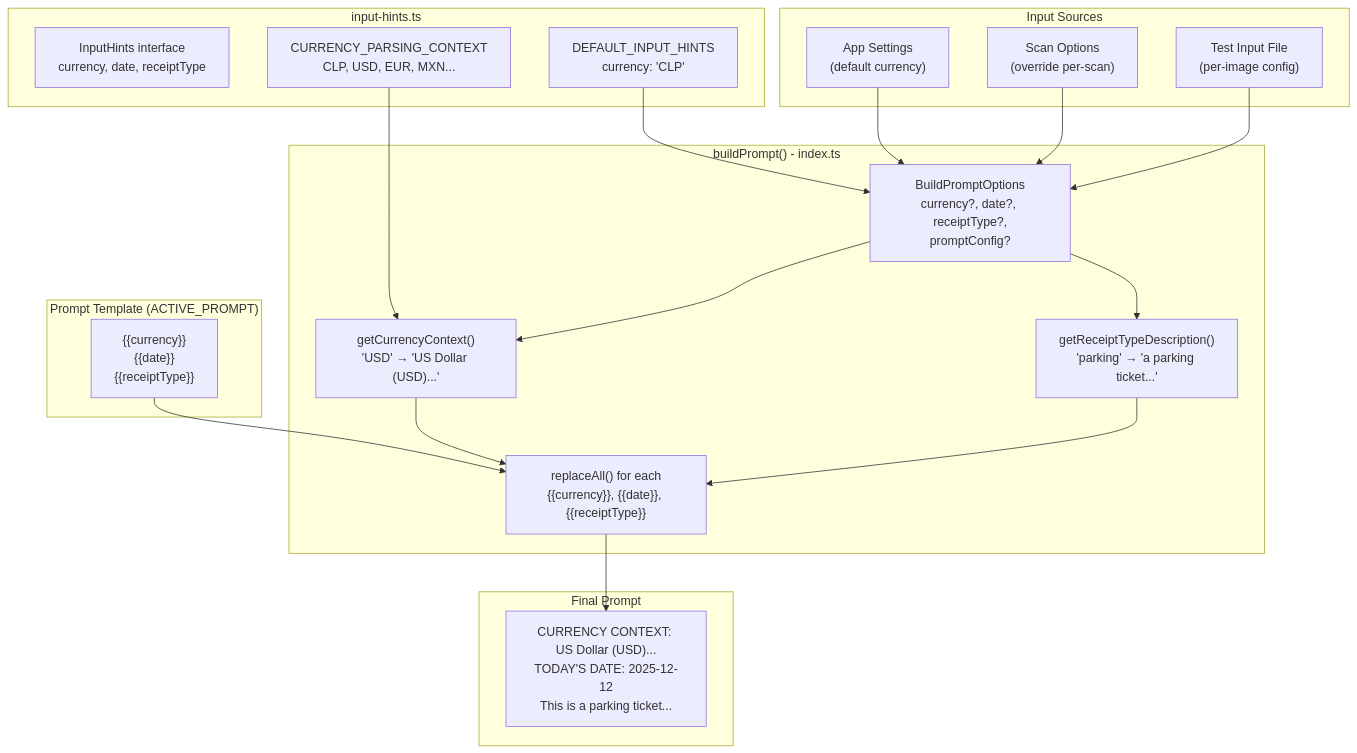
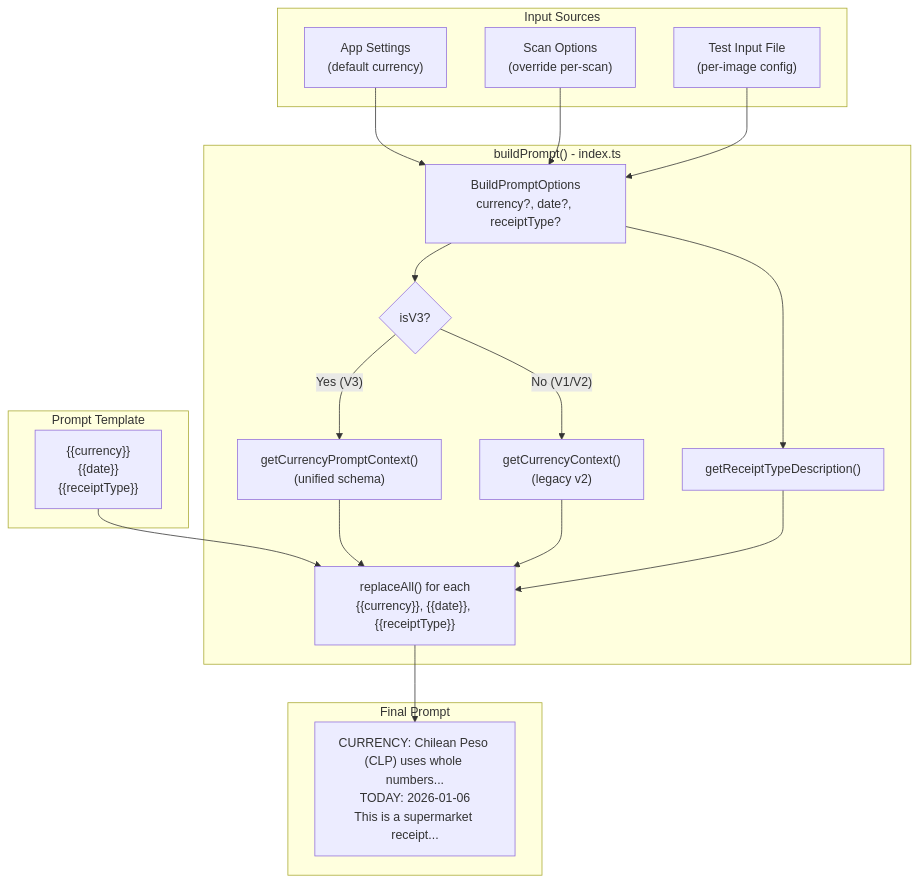
Before and after one commit to Brownbull/gmni_boletapp: the fifth of 8 diagrams in prompt-testing/ARCHITECTURE.md, drawn with Mermaid. The commit also changed other lines of this file and 200 other files, not shown here.

````diff
--- a/prompt-testing/ARCHITECTURE.md
+++ b/prompt-testing/ARCHITECTURE.md
@@ -75,42 +149,40 @@
 ```mermaid
 flowchart TB
-    subgraph Source["input-hints.ts"]
-        IFACE["InputHints interface<br/>currency, date, receiptType"]
-        DEFAULTS["DEFAULT_INPUT_HINTS<br/>currency: 'CLP'"]
-        CONTEXT["CURRENCY_PARSING_CONTEXT<br/>CLP, USD, EUR, MXN..."]
-    end
-
-    subgraph Input["Input Sources"]
+    subgraph Sources["Input Sources"]
         APP["App Settings<br/>(default currency)"]
         SCAN["Scan Options<br/>(override per-scan)"]
         TEST["Test Input File<br/>(per-image config)"]
     end
 
     subgraph BuildPrompt["buildPrompt() - index.ts"]
-        OPTS["BuildPromptOptions<br/>currency?, date?, receiptType?,<br/>promptConfig?"]
-        GET_CTX["getCurrencyContext()<br/>'USD' → 'US Dollar (USD)...'"]
-        GET_TYPE["getReceiptTypeDescription()<br/>'parking' → 'a parking ticket...'"]
-        REPLACE_ALL["replaceAll() for each<br/>{{currency}}, {{date}}, {{receiptType}}"]
+        OPTS["BuildPromptOptions<br/>currency?, date?, receiptType?"]
+        IS_V3{"isV3?"}
+        V3_CTX["getCurrencyPromptContext()<br/>(unified schema)"]
+        V2_CTX["getCurrencyContext()<br/>(legacy v2)"]
+        GET_TYPE["getReceiptTypeDescription()"]
+        REPLACE["replaceAll() for each<br/>{{currency}}, {{date}}, {{receiptType}}"]
     end
 
-    subgraph Template["Prompt Template (ACTIVE_PROMPT)"]
+    subgraph Template["Prompt Template"]
         PLACEHOLDERS["{{currency}}<br/>{{date}}<br/>{{receiptType}}"]
     end
 
     subgraph Final["Final Prompt"]
-        OUTPUT["CURRENCY CONTEXT: US Dollar (USD)...<br/>TODAY'S DATE: 2025-12-12<br/>This is a parking ticket..."]
+        OUTPUT["CURRENCY: Chilean Peso (CLP) uses whole numbers...<br/>TODAY: 2026-01-06<br/>This is a supermarket receipt..."]
     end
 
-    DEFAULTS --> OPTS
     APP --> OPTS
     SCAN --> OPTS
     TEST --> OPTS
-    CONTEXT --> GET_CTX
 
-    OPTS --> GET_CTX
+    OPTS --> IS_V3
+    IS_V3 -->|"Yes (V3)"| V3_CTX
+    IS_V3 -->|"No (V1/V2)"| V2_CTX
     OPTS --> GET_TYPE
-    PLACEHOLDERS --> REPLACE_ALL
-    GET_CTX --> REPLACE_ALL
-    GET_TYPE --> REPLACE_ALL
-    REPLACE_ALL --> OUTPUT
+
+    PLACEHOLDERS --> REPLACE
+    V3_CTX --> REPLACE
+    V2_CTX --> REPLACE
+    GET_TYPE --> REPLACE
+    REPLACE --> OUTPUT
 ```
````
